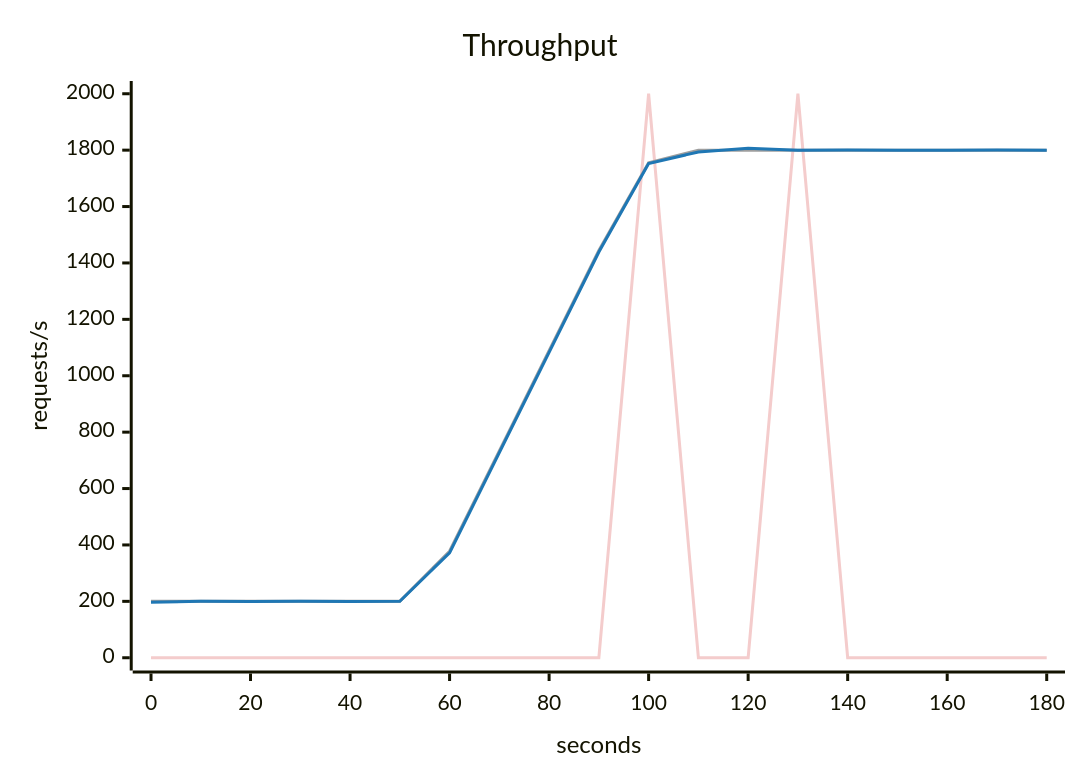
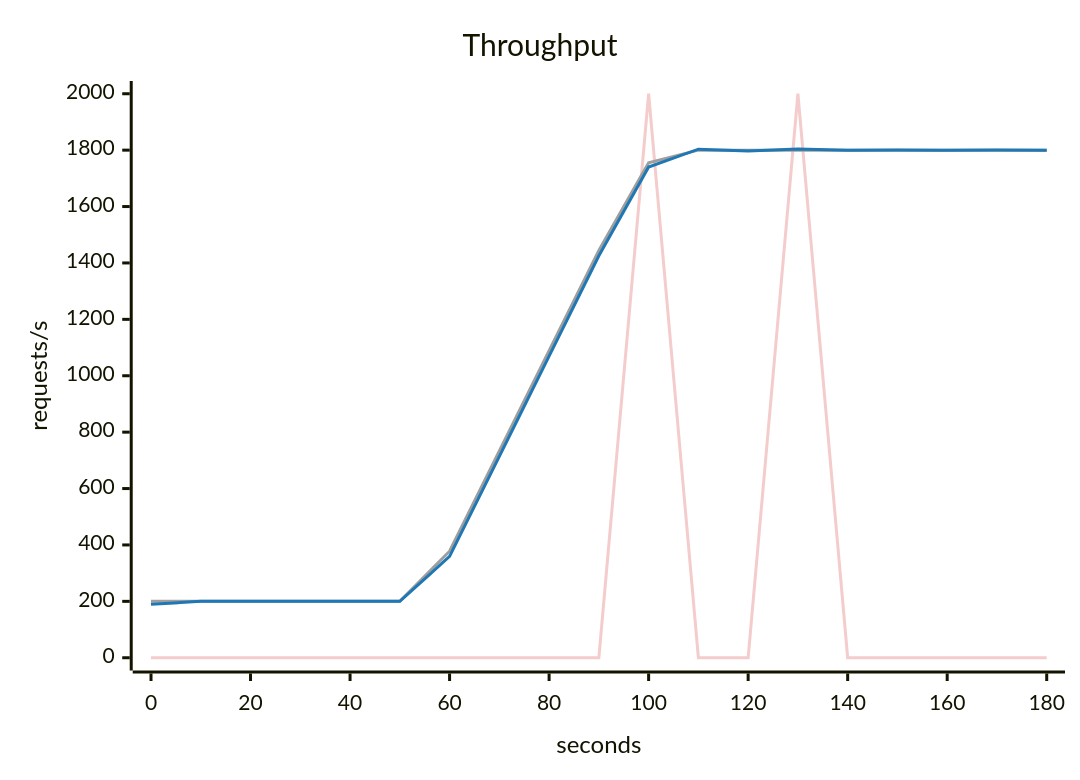
Before and after one commit to akinfemi/load-lore: the second of 5 diagrams in scenarios/featured-on-hacker-news/solutions/headroom/report.md, drawn with Mermaid. The commit also changed other lines of this file and 49 other files, not shown here.

````diff
--- a/scenarios/featured-on-hacker-news/solutions/headroom/report.md
+++ b/scenarios/featured-on-hacker-news/solutions/headroom/report.md
@@ -37,16 +38,16 @@
 ```mermaid
 ---
 config:
   themeVariables:
     xyChart:
       backgroundColor: "transparent"
       plotColorPalette: "#f4cccc, #9e9e9e, #1f77b4"
 ---
 xychart-beta
     title "Throughput"
     x-axis "seconds" 0 --> 180
     y-axis "requests/s" 0 --> 2000
     line [0, 0, 0, 0, 0, 0, 0, 0, 0, 0, 2000, 0, 0, 2000, 0, 0, 0, 0, 0]
     line [200, 200, 200, 200, 200, 200, 377.778, 733.333, 1088.889, 1444.444, 1755.556, 1800, 1800, 1800, 1800, 1800, 1800, 1800, 1800]
-    line [196.825, 200.123, 199.829, 200.093, 199.879, 200.13, 372.061, 727.554, 1083.143, 1438.564, 1752.656, 1793.627, 1806.375, 1799.892, 1800.22, 1799.87, 1799.916, 1800.173, 1799.946]
+    line [189.323, 199.934, 199.984, 200.101, 200.004, 200.032, 359.253, 714.034, 1069.78, 1425.561, 1740.1, 1803.387, 1797.169, 1804.516, 1800.059, 1800.182, 1799.741, 1800.109, 1799.856]
 ```
````
